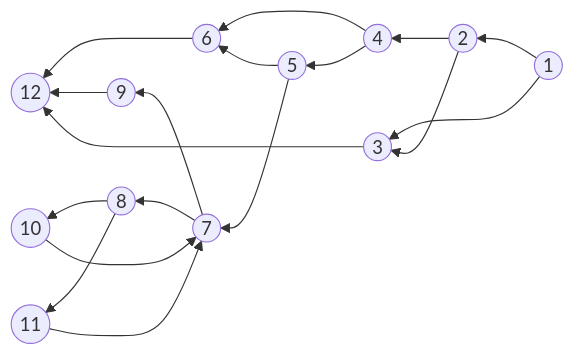
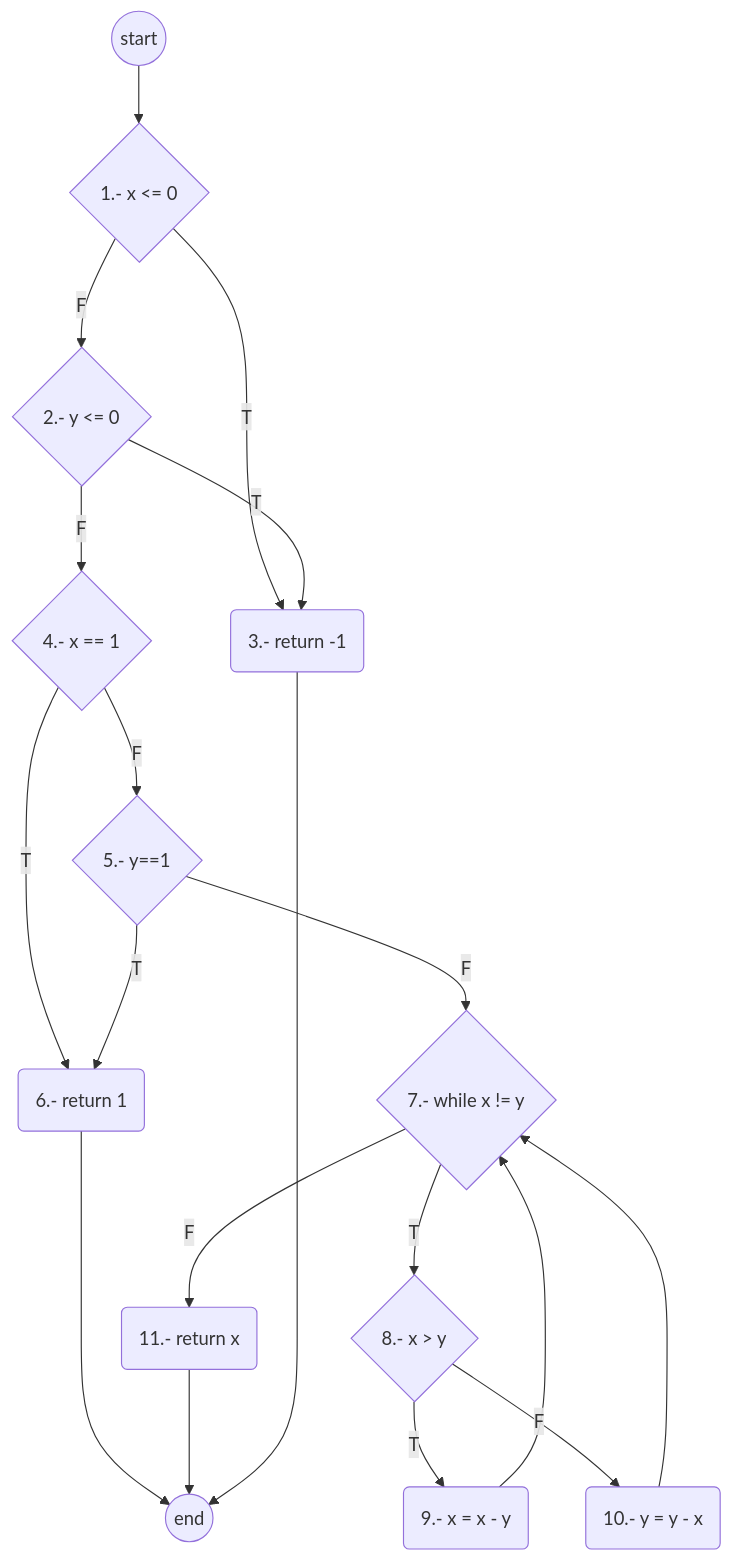
Before and after one commit to joseAcevesG/Caja-blanca: the first of 2 diagrams in README.md, drawn with Mermaid. The commit also changed other lines of this file and 4 other files, not shown here.

Commit message:
Graphs and TestCases update

````diff
--- a/README.md
+++ b/README.md
@@ -3,37 +4,35 @@
 ```mermaid
-graph RL
-    A((1))
-    B((2))
-    C((3))
-    D((4))
-    E((5))
-    F((6))
-    G((7))
-    H((8))
-    I((9))
-    J((10))
-    K((11))
-    L((12))
-
-    A --> B
-    A --> C
-    B --> C
-    B --> D
-    D --> F
-    D --> E
-    E --> F
-    E --> G
-    G --> H
-    G --> I
-    H --> J
-    H --> K
+graph TD
+    M((start))
+    A{1.- x <= 0}
+    B{2.- y <= 0}
+    C(3.- return -1)
+    D{4.- x == 1}
+    E{5.- y==1}
+    F(6.- return 1)
+    G{7.- while x != y}
+    H{8.- x > y}
+    I(9.- x = x - y)
+    J(10.- y = y - x)
+    K(11.- return x)
+    L((end))
+    M --> A
+    A --T--> C
+    B --T--> C
+    A --F--> B
+    B --F--> D
+    D --F--> E
+    D --T--> F
+    E --T--> F
+    E --F--> G
+    G --T--> H
+    G --F--> K
+    H --T--> I
+    H --F--> J
+    I --> G
     J --> G
-    K --> G
     F --> L
-    I --> L
+    K --> L
     C --> L
-
-
-
-
+    
 ```
````
